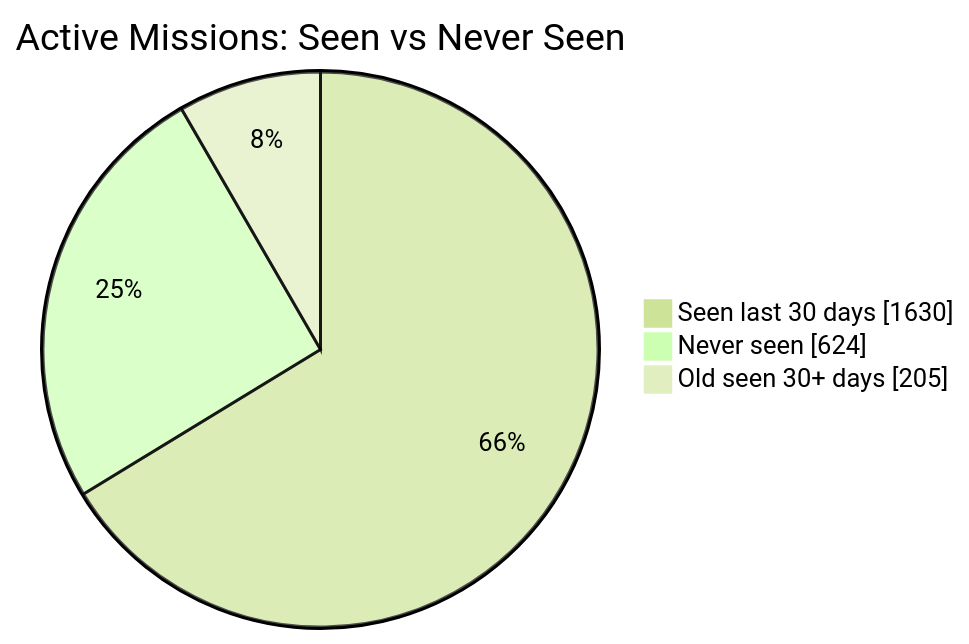
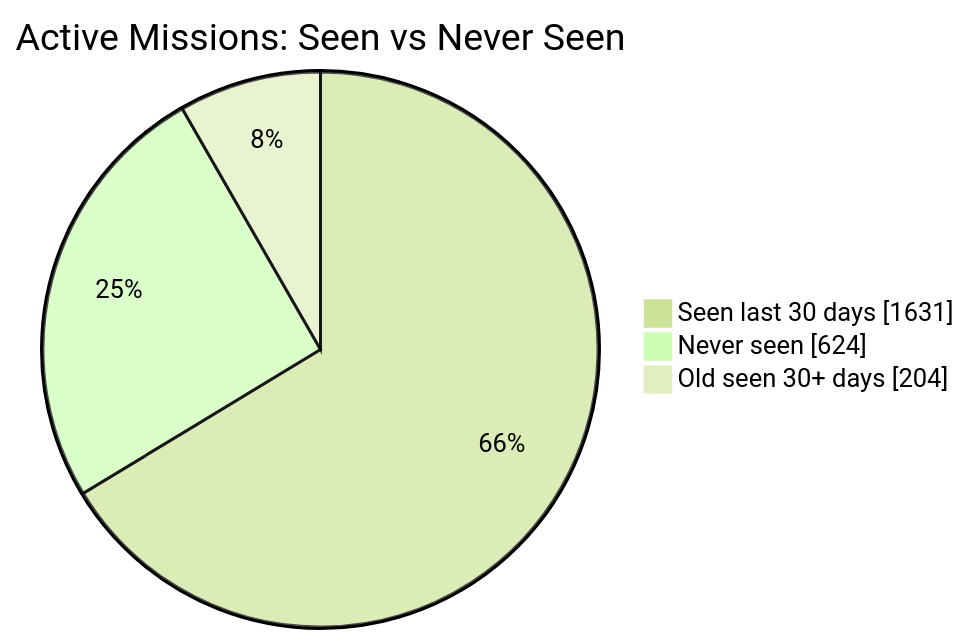
One commit to MeldkamerspelGameTeam/active-missions changed the first of 2 diagrams in README.md. Above: the diagram before and after it, drawn with Mermaid (forest theme). The commit also changed other lines of this file and 2 other files, not shown here.

````diff
--- a/README.md
+++ b/README.md
@@ -34,7 +34,7 @@
 ```mermaid
 pie showData
     title Active Missions: Seen vs Never Seen
-    "Seen last 30 days" : 1630
+    "Seen last 30 days" : 1631
     "Never seen" : 624
-    "Old seen 30+ days" : 205
+    "Old seen 30+ days" : 204
 ```
````
